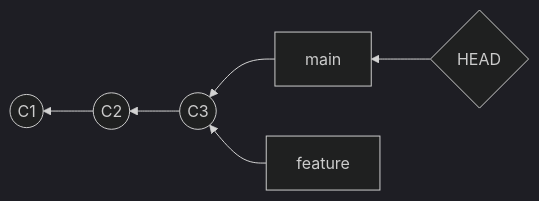
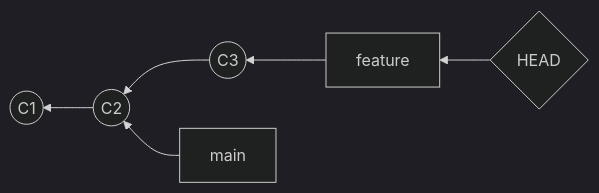
The diagram in ch1/ch13.md (mcallara/msdp-book), drawn with Mermaid (dark theme) before and after one commit. The commit also changed other lines of this file and 2 other files, not shown here.

````diff
--- a/ch1/ch13.md
+++ b/ch1/ch13.md
@@ -26,8 +242,8 @@
 ```{mermaid}
 flowchart RL
     C2((C2)) --> C1((C1))
     C3((C3)) --> C2
-    main --> C3
+    main --> C2
     feature --> C3
-    HEAD{HEAD} --> main
+    HEAD{HEAD} --> feature
 ```
````
